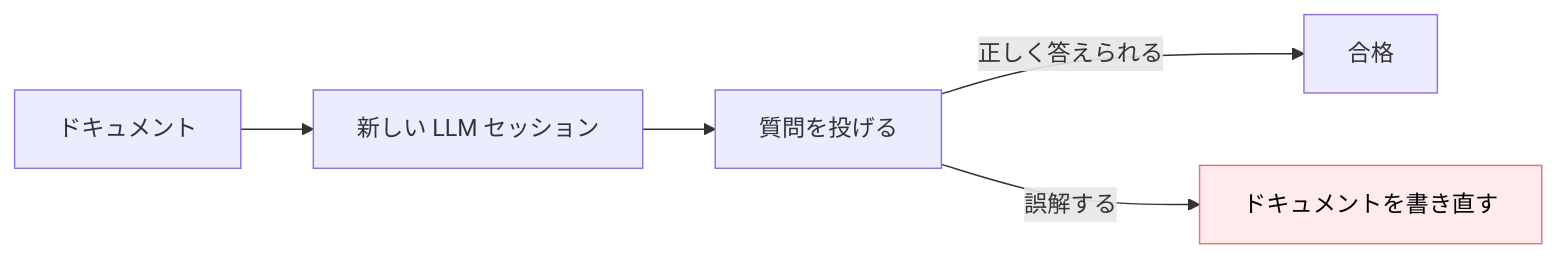
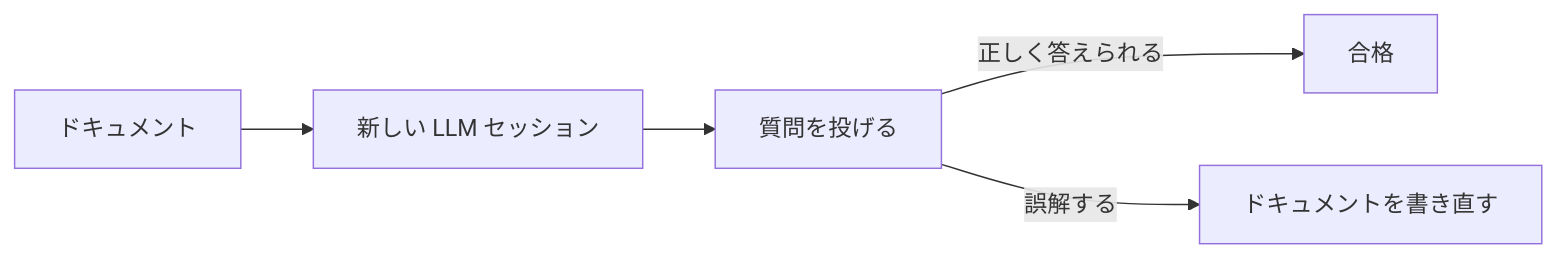
The second of 2 diagrams in docs/techniques/ai-エージェントが読みやすいドキュメントの書き方.md (dinekt/dinekt-wiki), drawn with Mermaid before and after one commit. The commit also changed other lines of this file and 70 other files, not shown here.

First line of the commit message:
fix(mermaid): strip all inline styling, rely on theme

````diff
--- a/docs/techniques/ai-エージェントが読みやすいドキュメントの書き方.md
+++ b/docs/techniques/ai-エージェントが読みやすいドキュメントの書き方.md
@@ -119,9 +117,8 @@
 ```mermaid
 flowchart LR
     D[ドキュメント] --> L[新しい LLM セッション]
     L --> Q[質問を投げる]
     Q -->|正しく答えられる| OK[合格]
     Q -->|誤解する| F[ドキュメントを書き直す]
 
-    style F fill:#ffebee,stroke:#e57373,color:#000
 ```
````
